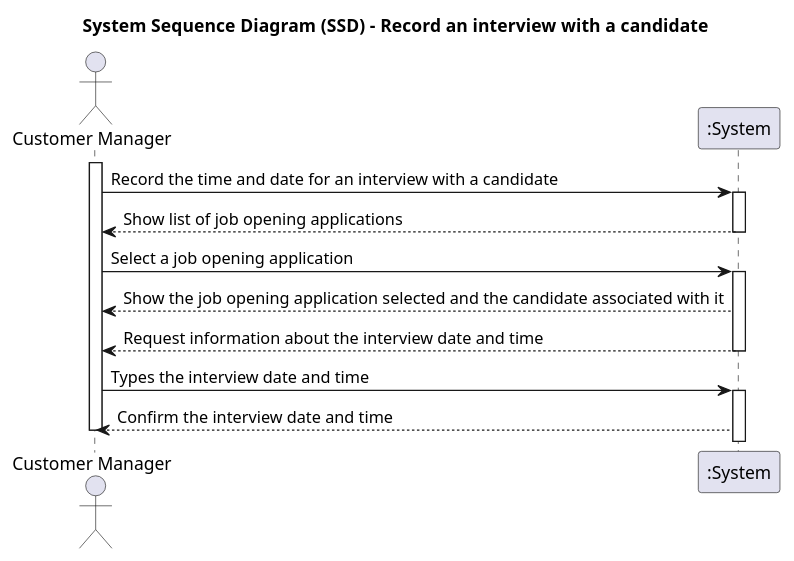
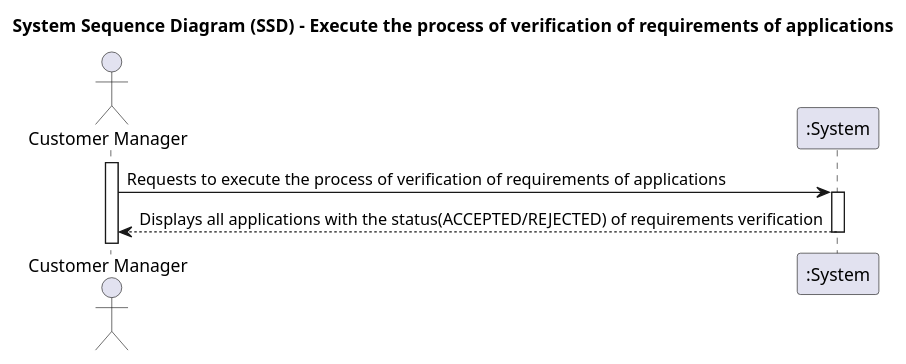
The diagram in docs/sprintC/1015/puml/1015-system-sequence-diagram.puml (marcoferreira37/Lapr4), drawn with PlantUML before and after one commit. The commit also changed 1 other file, not shown here.

Commit message:
#40 [1015] - ssd done

```diff
--- a/docs/sprintC/1015/puml/1015-system-sequence-diagram.puml
+++ b/docs/sprintC/1015/puml/1015-system-sequence-diagram.puml
@@ -1,35 +1,20 @@
 @startuml
 'skinparam monochrome true
 'skinparam packageStyle rectangle
 'skinparam shadowing false
 
-title System Sequence Diagram (SSD) -  Record an interview with a candidate
+title System Sequence Diagram (SSD) -  Execute the process of verification of requirements of applications
 
-actor "Customer Manager" as Agent
-participant ":System" as System
+actor "Customer Manager" as u
+participant ":System" as s
 
-activate Agent
-
-Agent -> System : Record the time and date for an interview with a candidate
-activate System
-
-System --> Agent: Show list of job opening applications
-deactivate
-
-Agent -> System : Select a job opening application
-activate System
-
-System --> Agent : Show the job opening application selected and the candidate associated with it
-System --> Agent : Request information about the interview date and time
-deactivate
-
-Agent -> System : Types the interview date and time
-activate System
-
-System --> Agent : Confirm the interview date and time
+activate u
+u -> s: Requests to execute the process of verification of requirements of applications
+activate s
+s --> u: Displays all applications with the status(ACCEPTED/REJECTED) of requirements verification
 
 
 
-deactivate Agent
+deactivate s
 
 @enduml
```
